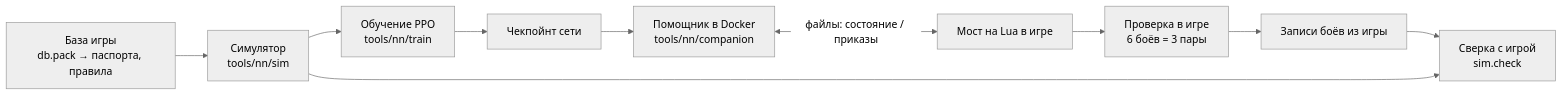
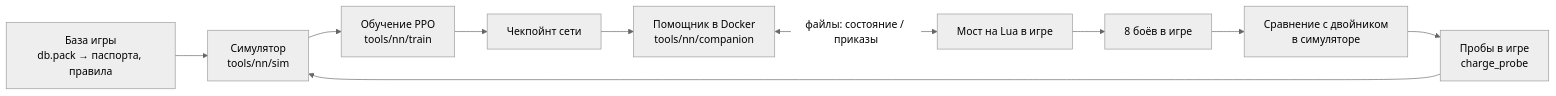
One commit to DimaZero7/TWW3-batle-ai changed the diagram in docs/ru/summary.md. Above: the diagram before and after it, drawn with Mermaid (neutral theme). The commit also changed other lines of this file and 1 other file, not shown here.

Commit message:
Docs: the project summary rewritten for the current state (network v2, the iteration circle with 8 in-game battles and the twin, the replay of 72 battles, the main gaps); 49 -> 22 KB

````diff
--- a/docs/ru/summary.md
+++ b/docs/ru/summary.md
@@ -20,12 +17,12 @@
 ```mermaid
 flowchart LR
   db["База игры<br/>db.pack → паспорта, правила"] --> sim["Симулятор<br/>tools/nn/sim"]
-  rec["Записи боёв из игры"] --> chk["Сверка с игрой<br/>sim.check"]
-  sim --> chk
+  probe["Пробы в игре<br/>charge_probe"] --> sim
   sim --> train["Обучение PPO<br/>tools/nn/train"]
   train --> ckpt["Чекпойнт сети"]
   ckpt --> comp["Помощник в Docker<br/>tools/nn/companion"]
   comp <-->|"файлы: состояние / приказы"| bridge["Мост на Lua в игре"]
-  bridge --> gate["Проверка в игре<br/>6 боёв = 3 пары"]
-  gate --> rec
+  bridge --> set8["8 боёв в игре"]
+  set8 --> twin["Сравнение с двойником<br/>в симуляторе"]
+  twin --> probe
 ```
````
